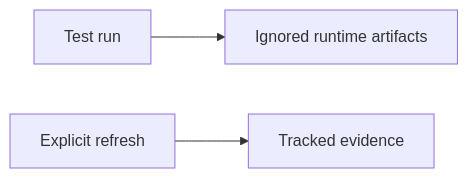
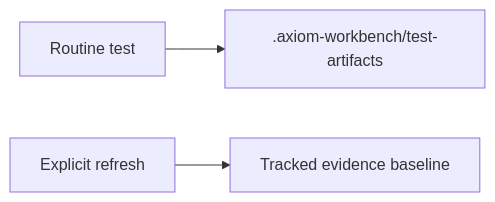
Before and after one commit to chrischeng-c4/axiom: the first of 2 diagrams in apps/workbench/tech-design/logic/isolate-production-journey-runtime-artifacts-from-retained-evide.md, drawn with Mermaid. The commit also changed other lines of this file, not shown here.

Commit message:
td(2502) — contract section: logic
Lifecycle-Slug: 2502
Work-Item: 2502
Lifecycle-Stage: Td-Section
Lifecycle-Phase: td_contract_in_progress
Lifecycle-Pass: contract
TD-Section: logic
Previous-Phase: td_applicability_created
Next-Phase: td_contract_in_progress
Next-Command: aw td create

````diff
--- a/apps/workbench/tech-design/logic/isolate-production-journey-runtime-artifacts-from-retained-evide.md
+++ b/apps/workbench/tech-design/logic/isolate-production-journey-runtime-artifacts-from-retained-evide.md
@@ -10,17 +10,17 @@
 ```mermaid
 ---
-id: workbench-test-artifact-routing
+id: workbench-test-artifact-routing-contract
 entry: test
 nodes:
-  test: { kind: start, label: "test run" }
+  test: { kind: start, label: "routine test" }
   runtime: { kind: terminal, label: "ignored runtime artifacts" }
-  refresh: { kind: process, label: "explicit refresh" }
-  retained: { kind: terminal, label: "tracked evidence" }
+  refresh: { kind: process, label: "WORKBENCH_REFRESH_EVIDENCE=1" }
+  retained: { kind: terminal, label: "tracked evidence baseline" }
 edges:
   - { from: test, to: runtime }
   - { from: refresh, to: retained }
 ---
 flowchart LR
-  test[Test run] --> runtime[Ignored runtime artifacts]
-  refresh[Explicit refresh] --> retained[Tracked evidence]
+  test[Routine test] --> runtime[.axiom-workbench/test-artifacts]
+  refresh[Explicit refresh] --> retained[Tracked evidence baseline]
 ```
````
